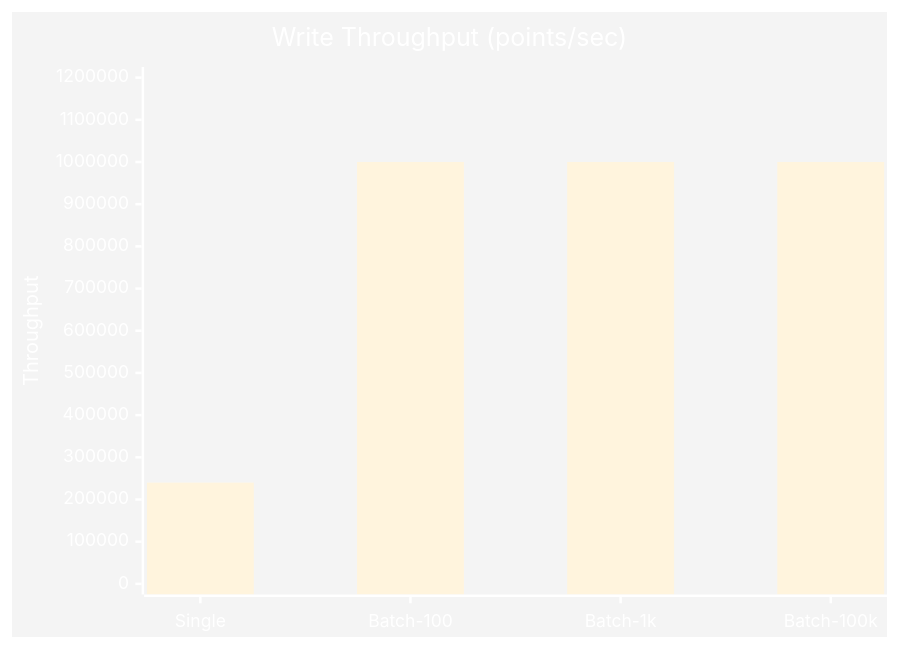
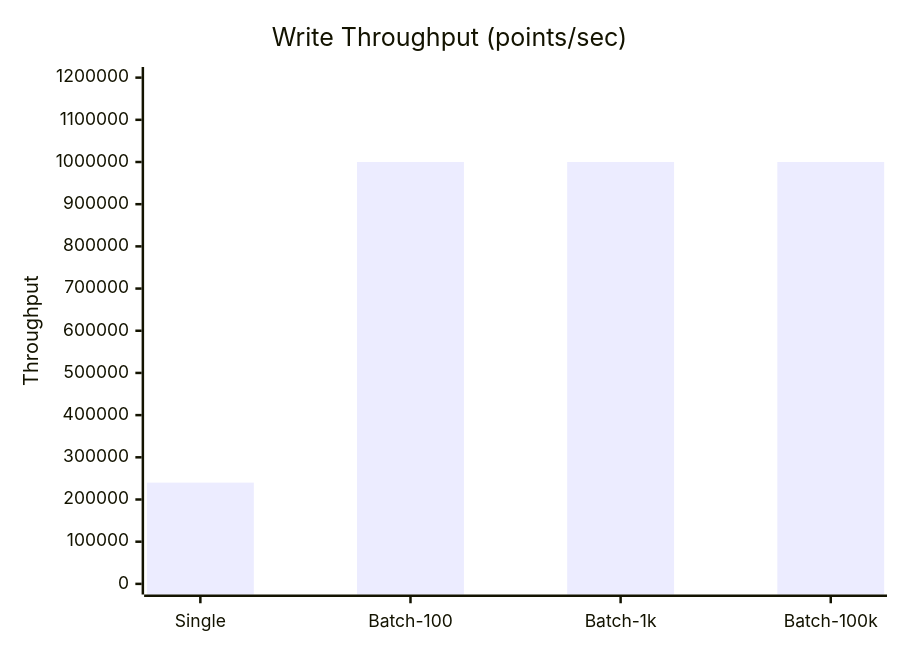
The second of 6 diagrams in docs/benchmarks.md (Pablo997/pulsardb), drawn with Mermaid before and after one commit. The commit also changed other lines of this file, not shown here.

Commit message:
Refactor benchmarks documentation by removing unnecessary styling elements from graphs to enhance clarity and focus on performance metrics.

````diff
--- a/docs/benchmarks.md
+++ b/docs/benchmarks.md
@@ -203,8 +200,7 @@
 ```mermaid
-%%{init: {'theme':'base', 'themeVariables': { 'primaryColor':'#2196F3','primaryTextColor':'#fff','primaryBorderColor':'#1976D2','lineColor':'#4CAF50','secondaryColor':'#FF9800','tertiaryColor':'#9C27B0'}}}%%
 xychart-beta
     title "Write Throughput (points/sec)"
     x-axis [Single, Batch-100, Batch-1k, Batch-100k]
     y-axis "Throughput" 0 --> 1200000
     bar [240000, 1000000, 1000000, 1000000]
 ```
````
